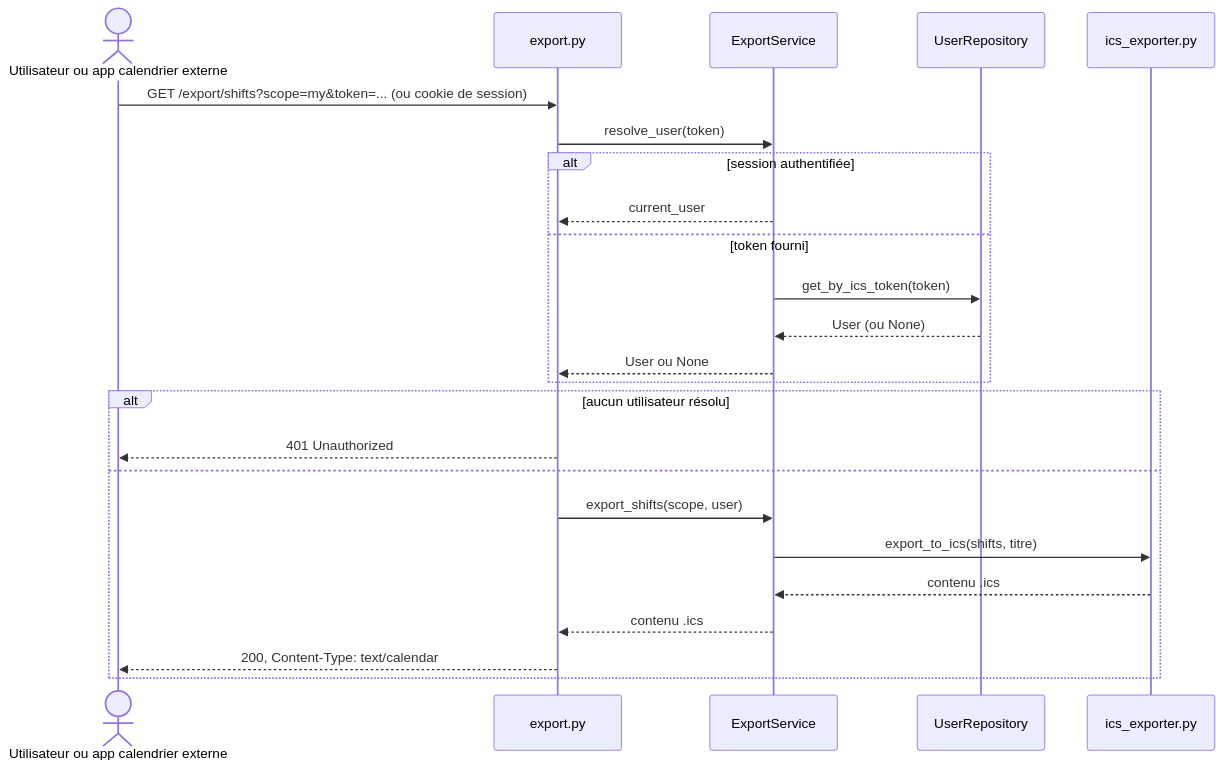
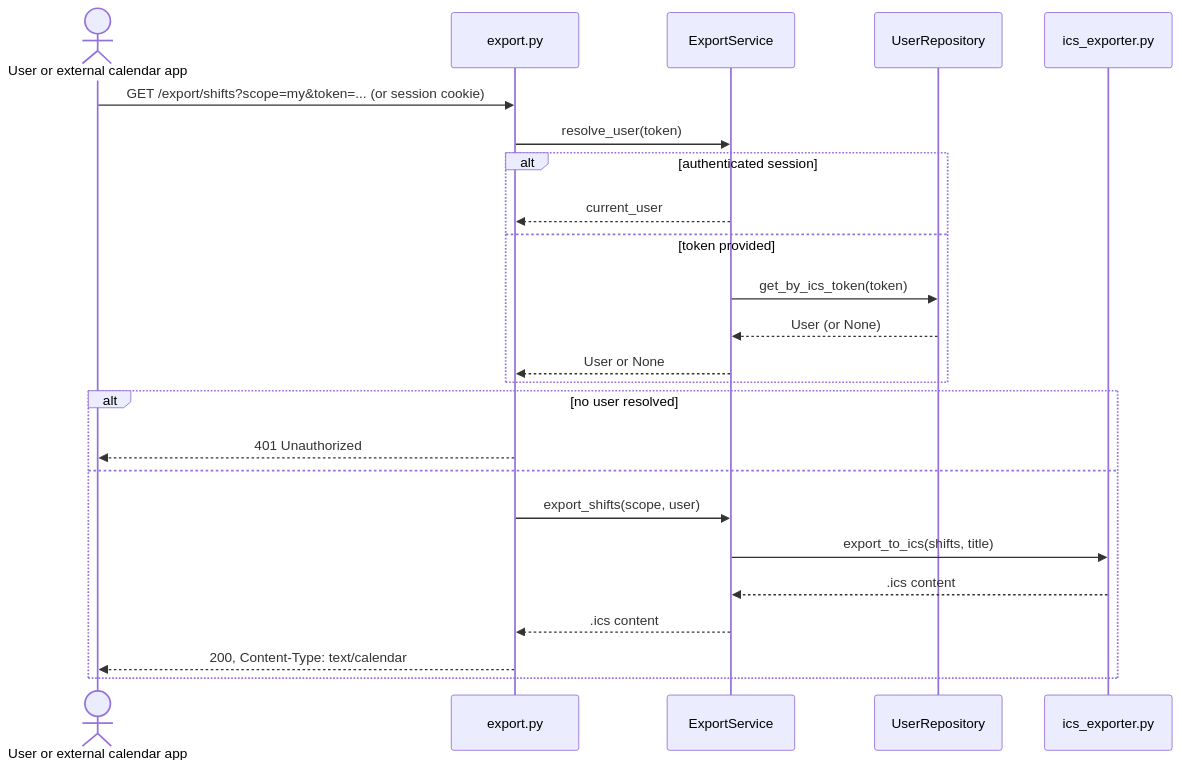
Before and after one commit to FoxOps/kairos: the fifth of 5 diagrams in Docs/architecture/SEQUENCE_DIAGRAMS.md, drawn with Mermaid. The commit also changed other lines of this file and 3 other files, not shown here.

Commit message:
docs(i18n): translate Docs/architecture/ and Docs/api/API.md to English

````diff
--- a/Docs/architecture/SEQUENCE_DIAGRAMS.md
+++ b/Docs/architecture/SEQUENCE_DIAGRAMS.md
@@ -134,27 +134,27 @@
 ```mermaid
 sequenceDiagram
-    actor U as Utilisateur ou app calendrier externe
+    actor U as User or external calendar app
     participant R as export.py
     participant ES as ExportService
     participant UR as UserRepository
     participant Ex as ics_exporter.py
 
-    U->>R: GET /export/shifts?scope=my&token=... (ou cookie de session)
+    U->>R: GET /export/shifts?scope=my&token=... (or session cookie)
     R->>ES: resolve_user(token)
-    alt session authentifiée
+    alt authenticated session
         ES-->>R: current_user
-    else token fourni
+    else token provided
         ES->>UR: get_by_ics_token(token)
-        UR-->>ES: User (ou None)
-        ES-->>R: User ou None
+        UR-->>ES: User (or None)
+        ES-->>R: User or None
     end
-    alt aucun utilisateur résolu
+    alt no user resolved
         R-->>U: 401 Unauthorized
     else
         R->>ES: export_shifts(scope, user)
-        ES->>Ex: export_to_ics(shifts, titre)
-        Ex-->>ES: contenu .ics
-        ES-->>R: contenu .ics
+        ES->>Ex: export_to_ics(shifts, title)
+        Ex-->>ES: .ics content
+        ES-->>R: .ics content
         R-->>U: 200, Content-Type: text/calendar
     end
 ```
````
